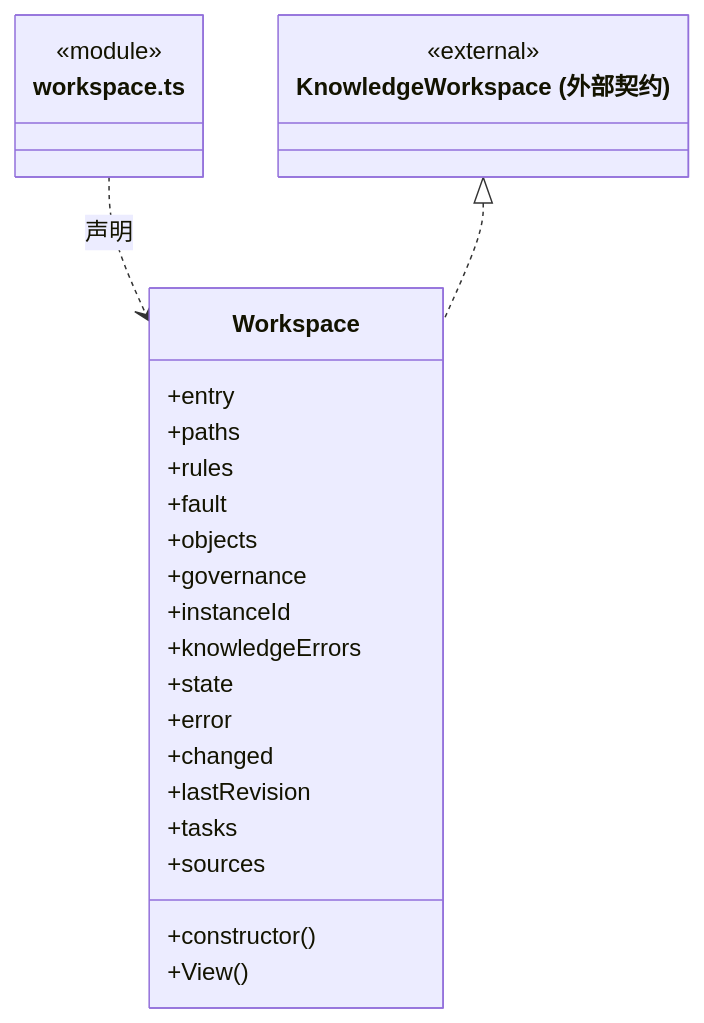
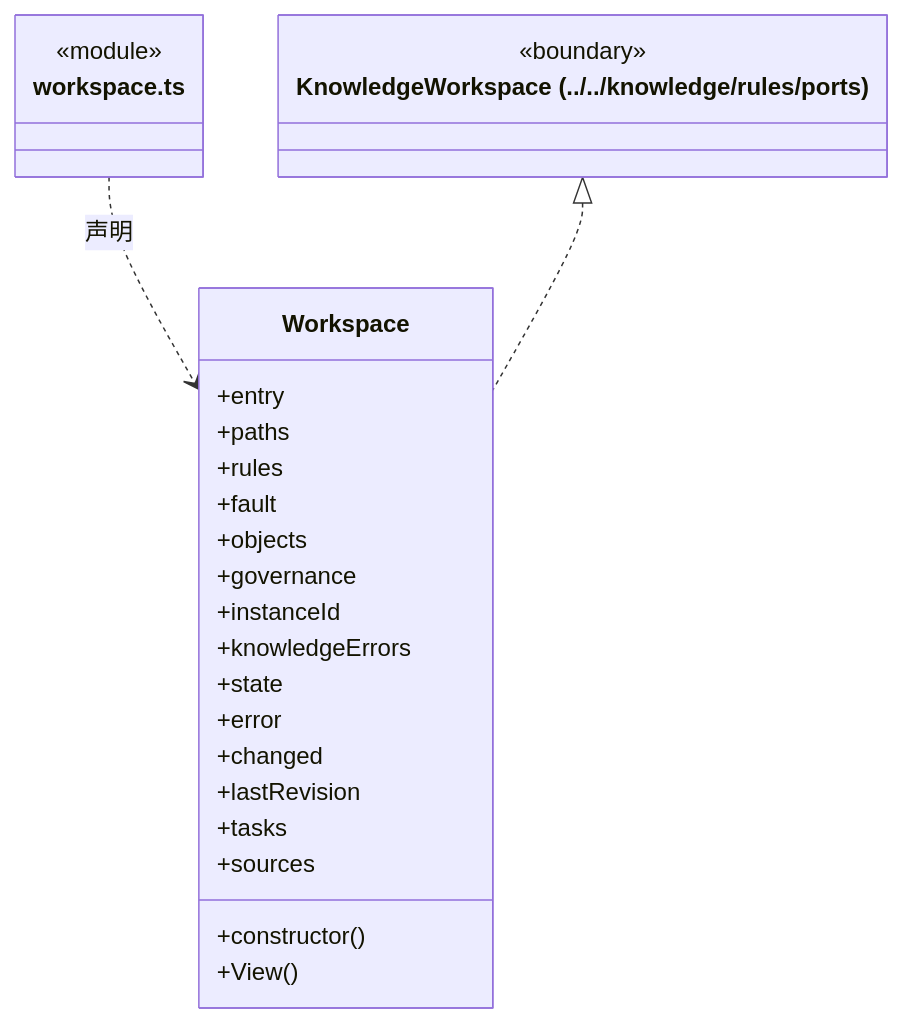
The ninth of 12 diagrams in src/logic/workspace/service/ARCHITECTURE.md (nan023062/cbim), drawn with Mermaid before and after one commit. The commit also changed other lines of this file and 112 other files, not shown here.

Commit message:
docs: align source architecture with current declarations and contracts

````diff
--- a/src/logic/workspace/service/ARCHITECTURE.md
+++ b/src/logic/workspace/service/ARCHITECTURE.md
@@ -396,29 +397,29 @@
 ```mermaid
 classDiagram
 class N_src_logic_workspace_service_workspace_ts["workspace.ts"] {
   <<module>>
 }
 class N_src_logic_workspace_service_workspace_ts_Workspace["Workspace"] {
   +entry
   +paths
   +rules
   +fault
   +objects
   +governance
   +instanceId
   +knowledgeErrors
   +state
   +error
   +changed
   +lastRevision
   +tasks
   +sources
   +constructor()
   +View()
 }
 N_src_logic_workspace_service_workspace_ts ..> N_src_logic_workspace_service_workspace_ts_Workspace : 声明
-class N_src_logic_workspace_service_workspace_ts_external_KnowledgeWorkspace["KnowledgeWorkspace (外部契约)"] {
-  <<external>>
+class N_src_logic_workspace_service_workspace_ts_external_KnowledgeWorkspace["KnowledgeWorkspace (../../knowledge/rules/ports)"] {
+  <<boundary>>
 }
 N_src_logic_workspace_service_workspace_ts_external_KnowledgeWorkspace <|.. N_src_logic_workspace_service_workspace_ts_Workspace
 ```
````
